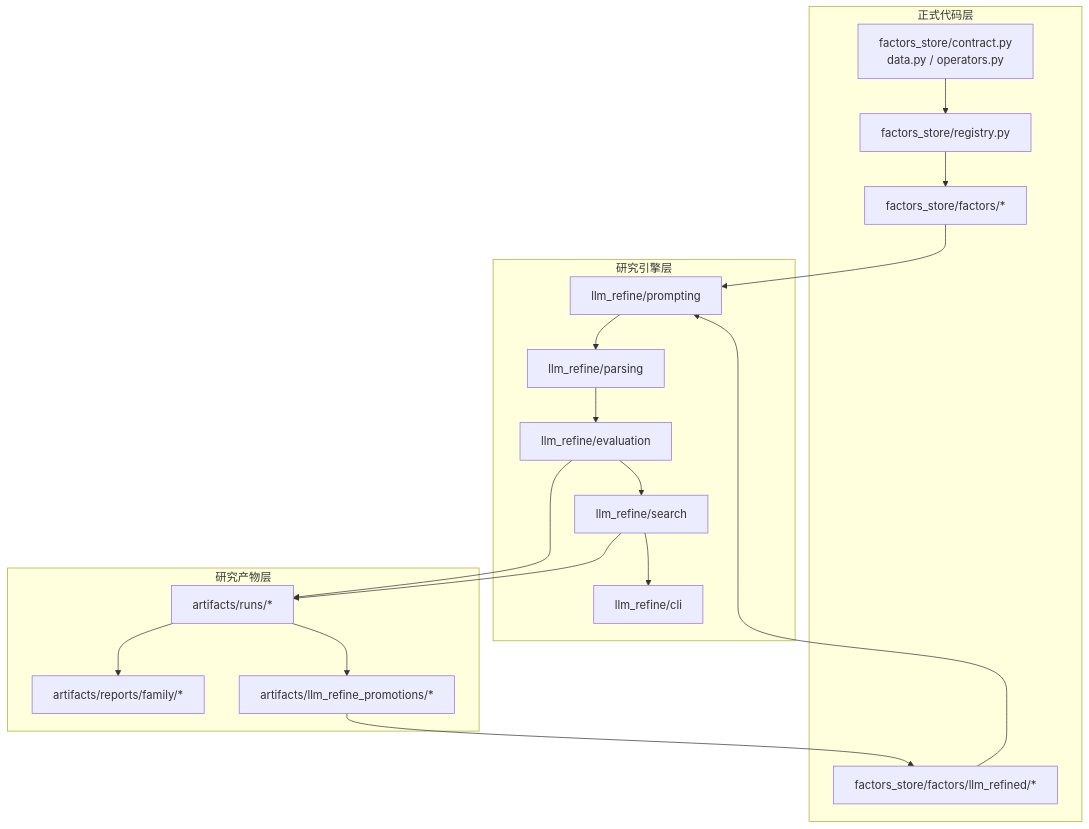
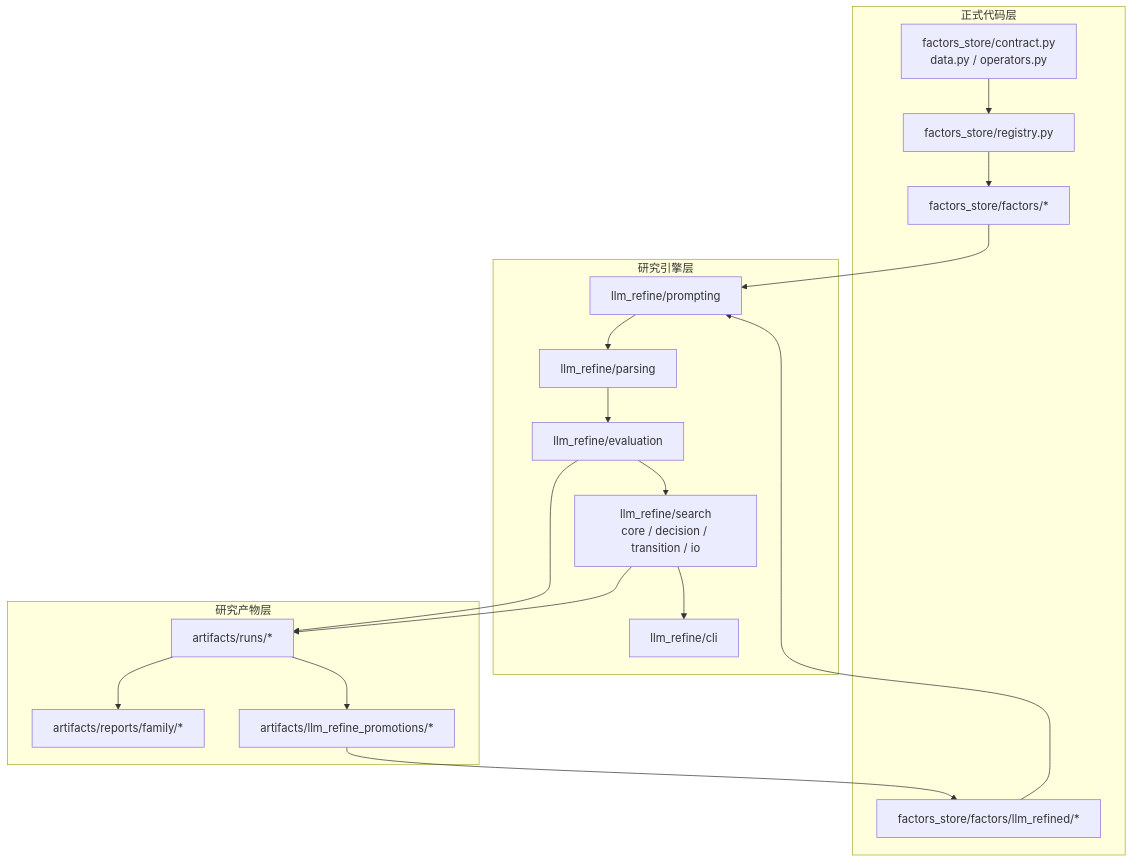
The second of 3 diagrams in README_CN.md (zhangxinyue1017/AlphaRefinery), drawn with Mermaid before and after one commit. The commit also changed other lines of this file and 40 other files, not shown here.

````diff
--- a/README_CN.md
+++ b/README_CN.md
@@ -163,37 +165,37 @@
 ```mermaid
 graph TD
     subgraph Code["正式代码层"]
         A1["factors_store/contract.py<br/>data.py / operators.py"]
         A2["factors_store/registry.py"]
         A3["factors_store/factors/*"]
         A4["factors_store/factors/llm_refined/*"]
     end
 
     subgraph Refine["研究引擎层"]
         B1["llm_refine/prompting"]
         B2["llm_refine/parsing"]
         B3["llm_refine/evaluation"]
-        B4["llm_refine/search"]
+        B4["llm_refine/search<br/>core / decision / transition / io"]
         B5["llm_refine/cli"]
     end
 
     subgraph Artifact["研究产物层"]
         C1["artifacts/runs/*"]
         C2["artifacts/reports/family/*"]
         C3["artifacts/llm_refine_promotions/*"]
     end
 
     A1 --> A2
     A2 --> A3
     B1 --> B2
     B2 --> B3
     B3 --> B4
     B4 --> B5
     A3 --> B1
     A4 --> B1
     B3 --> C1
     B4 --> C1
     C1 --> C2
     C1 --> C3
     C3 --> A4
 ```
````
